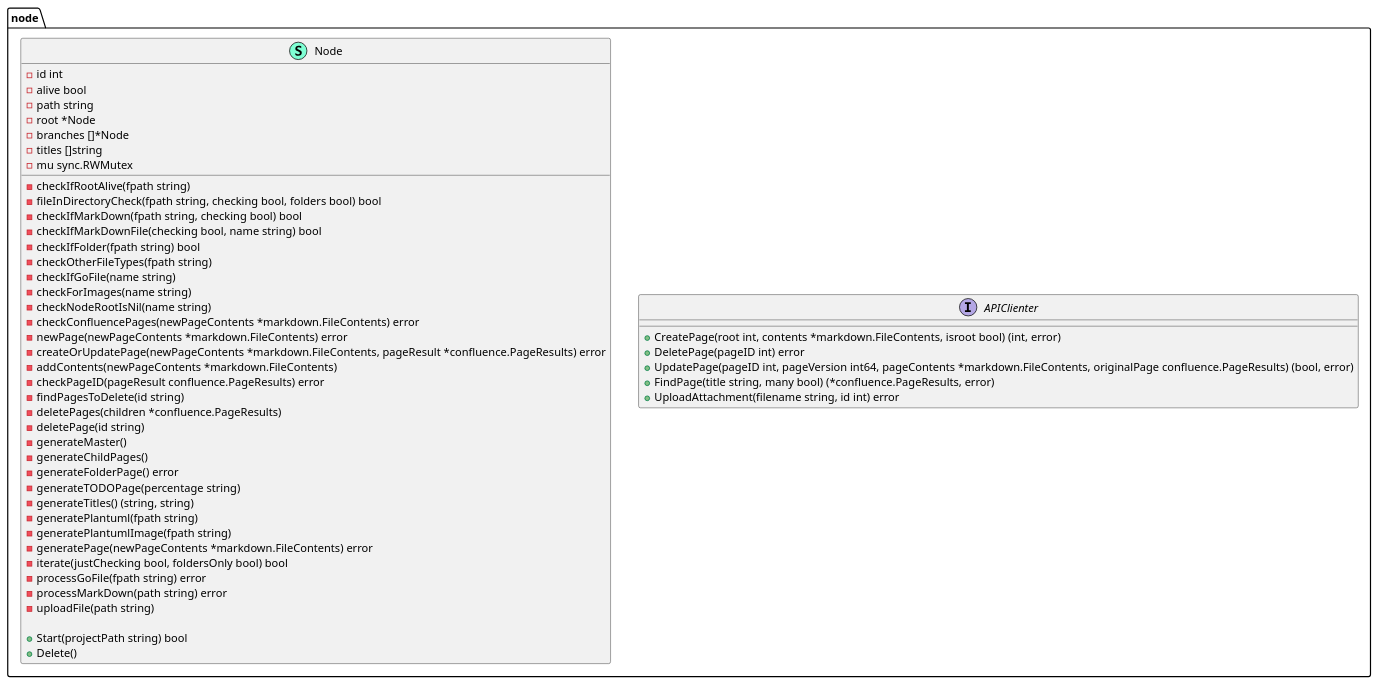
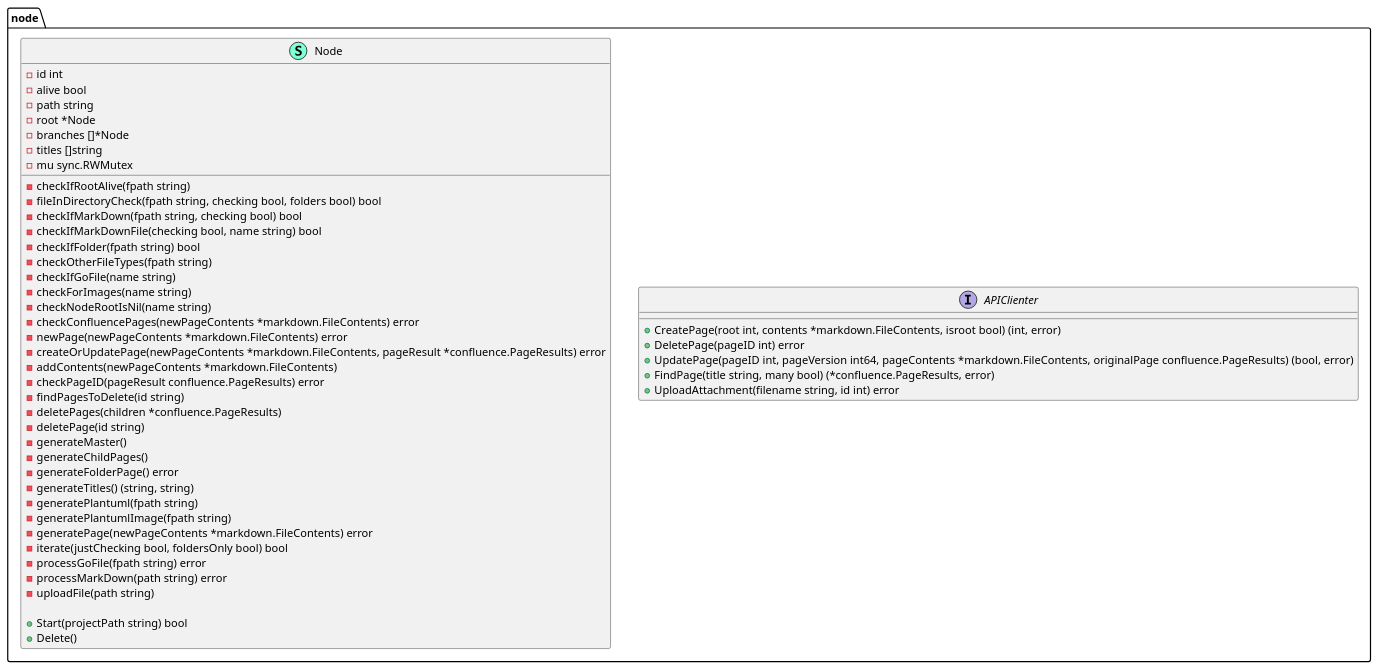
One commit to xiatechs/markdown-to-confluence changed the diagram in node/node-pumldiagram.puml. Above: the diagram before and after it, drawn with PlantUML. The commit also changed 5 other files, not shown here.

```diff
--- a/node/node-pumldiagram.puml
+++ b/node/node-pumldiagram.puml
@@ -1,57 +1,56 @@
 @startuml
 namespace node {
     interface APIClienter  {
         + CreatePage(root int, contents *markdown.FileContents, isroot bool) (int, error)
         + DeletePage(pageID int) error
         + UpdatePage(pageID int, pageVersion int64, pageContents *markdown.FileContents, originalPage confluence.PageResults) (bool, error)
         + FindPage(title string, many bool) (*confluence.PageResults, error)
         + UploadAttachment(filename string, id int) error
 
     }
     class Node << (S,Aquamarine) >> {
         - id int
         - alive bool
         - path string
         - root *Node
         - branches []*Node
         - titles []string
         - mu sync.RWMutex
 
         - checkIfRootAlive(fpath string) 
         - fileInDirectoryCheck(fpath string, checking bool, folders bool) bool
         - checkIfMarkDown(fpath string, checking bool) bool
         - checkIfMarkDownFile(checking bool, name string) bool
         - checkIfFolder(fpath string) bool
         - checkOtherFileTypes(fpath string) 
         - checkIfGoFile(name string) 
         - checkForImages(name string) 
         - checkNodeRootIsNil(name string) 
         - checkConfluencePages(newPageContents *markdown.FileContents) error
         - newPage(newPageContents *markdown.FileContents) error
         - createOrUpdatePage(newPageContents *markdown.FileContents, pageResult *confluence.PageResults) error
         - addContents(newPageContents *markdown.FileContents) 
         - checkPageID(pageResult confluence.PageResults) error
         - findPagesToDelete(id string) 
         - deletePages(children *confluence.PageResults) 
         - deletePage(id string) 
         - generateMaster() 
         - generateChildPages() 
         - generateFolderPage() error
-        - generateTODOPage(percentage string) 
         - generateTitles() (string, string)
         - generatePlantuml(fpath string) 
         - generatePlantumlImage(fpath string) 
         - generatePage(newPageContents *markdown.FileContents) error
         - iterate(justChecking bool, foldersOnly bool) bool
         - processGoFile(fpath string) error
         - processMarkDown(path string) error
         - uploadFile(path string) 
 
         + Start(projectPath string) bool
         + Delete() 
 
     }
 }
 
 
 @enduml
```
